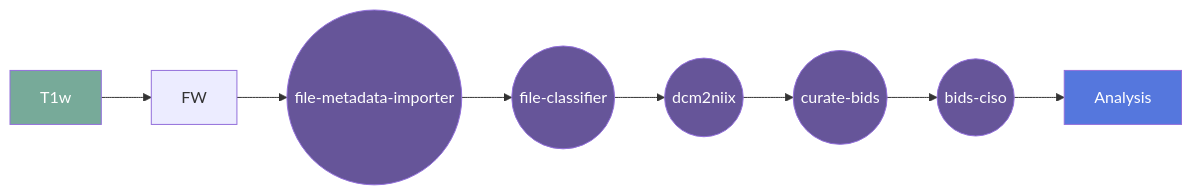
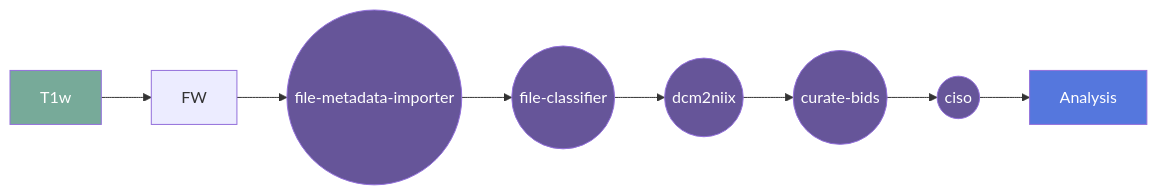
The diagram in README.md (Nialljb/CISO), drawn with Mermaid before and after one commit. The commit also changed other lines of this file and 14 other files, not shown here.

````diff
--- a/README.md
+++ b/README.md
@@ -287,15 +133,15 @@
 ```mermaid
   graph LR;
     A[T1w]:::input --> FW;
     FW[FW] --> FMI;
     FMI((file-metadata-importer)):::gear --> FC;
     FC((file-classifier)):::gear --> D2N;
     D2N((dcm2niix)):::gear --> CB;
     CB((curate-bids)):::gear --> BQP;
-    BQP((bids-ciso)):::gear --> ANA;
+    BQP((ciso)):::gear --> ANA;
     ANA[Analysis]:::container;
     
     classDef container fill:#57d,color:#fff
     classDef input fill:#7a9,color:#fff
     classDef gear fill:#659,color:#fff
 ```
````
